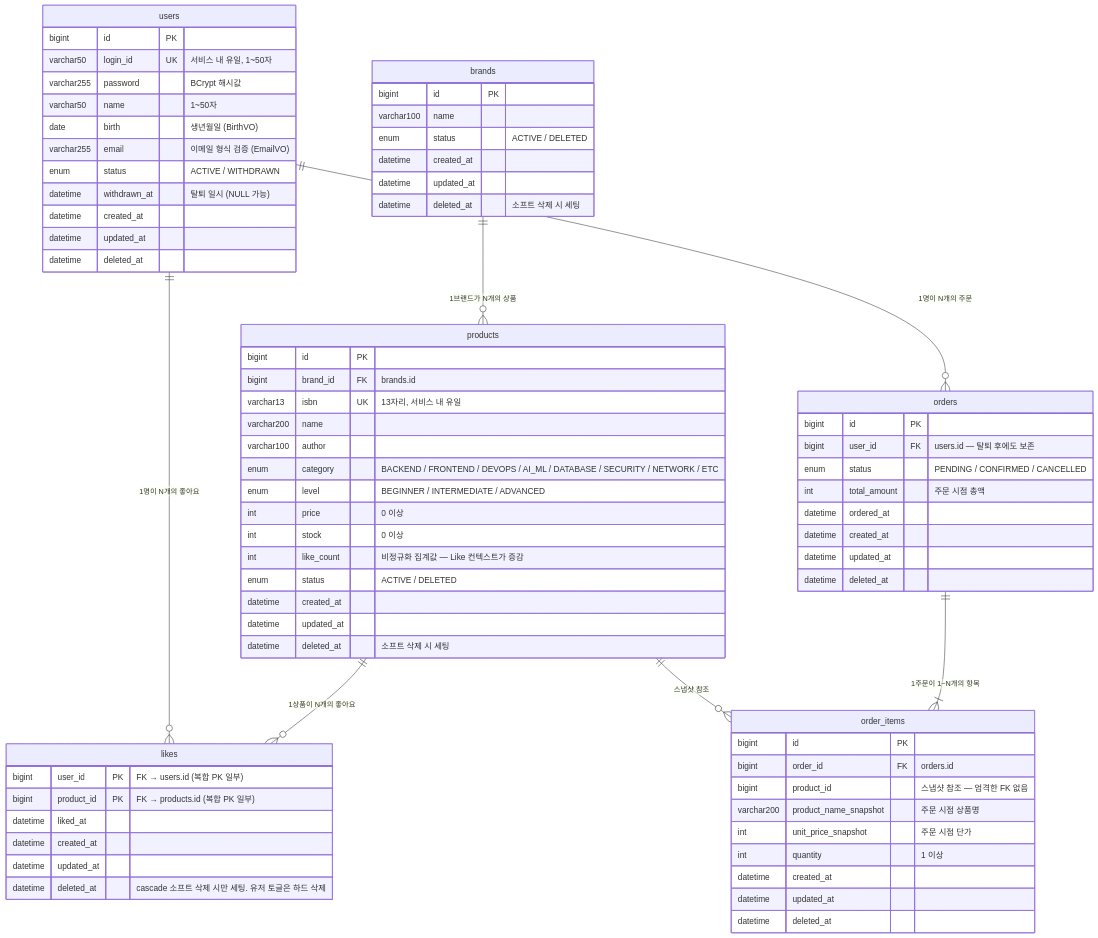
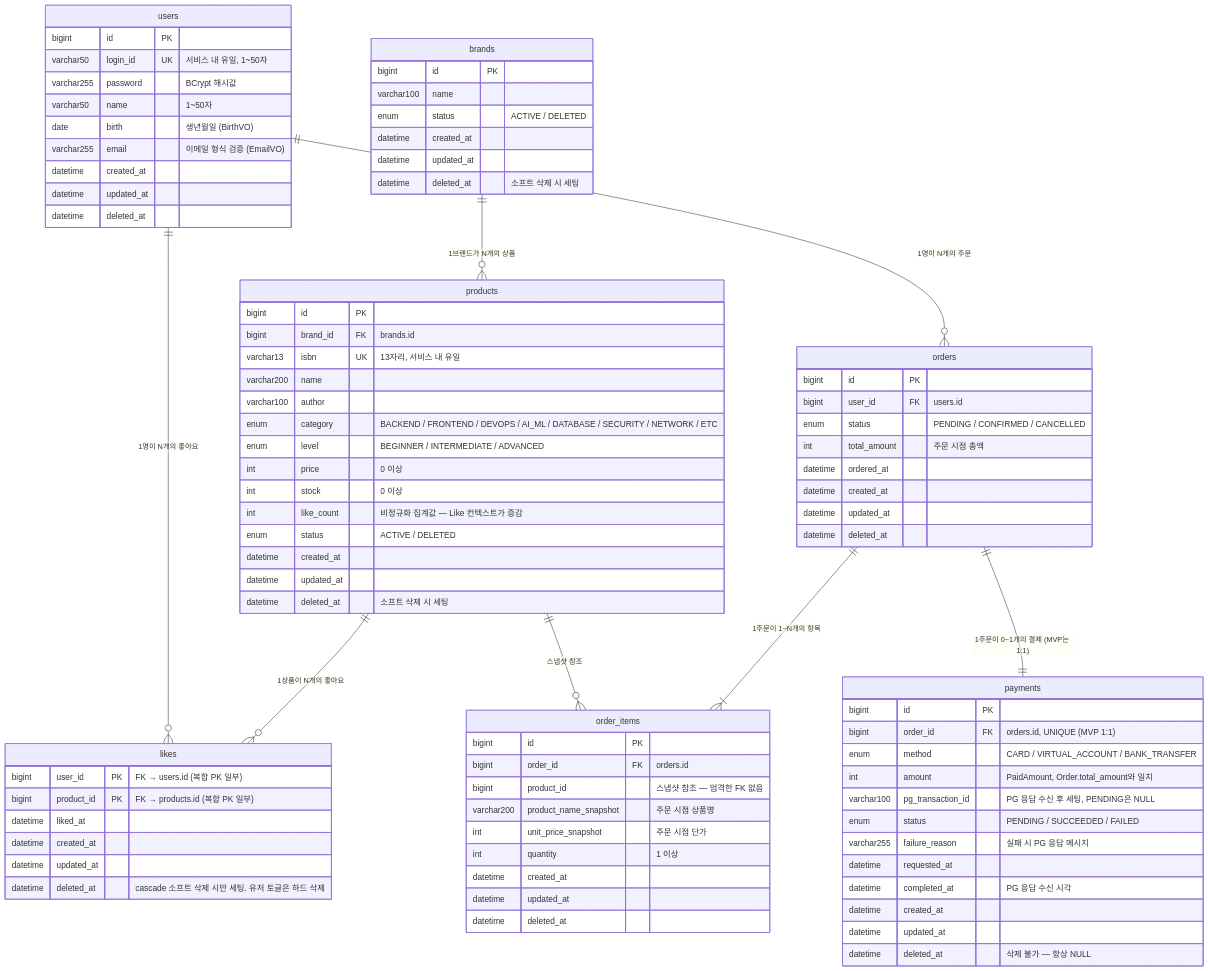
The diagram in .docs/design/04-erd.md (loopers-labs/loop-pack-be-l2-vol4-java), drawn with Mermaid before and after one commit. The commit also changed other lines of this file and 8 other files, not shown here.

````diff
--- a/.docs/design/04-erd.md
+++ b/.docs/design/04-erd.md
@@ -31,6 +31,7 @@
     products ||--o{ likes    : "1상품이 N개의 좋아요"
     products ||--o{ order_items : "스냅샷 참조"
     orders ||--|{ order_items : "1주문이 1~N개의 항목"
+    orders ||--|| payments    : "1주문이 0~1개의 결제 (MVP는 1:1)"
 
     users {
         bigint      id              PK
@@ -39,8 +40,6 @@
         varchar50   name                "1~50자"
         date        birth               "생년월일 (BirthVO)"
         varchar255  email               "이메일 형식 검증 (EmailVO)"
-        enum        status              "ACTIVE / WITHDRAWN"
-        datetime    withdrawn_at        "탈퇴 일시 (NULL 가능)"
         datetime    created_at
         datetime    updated_at
         datetime    deleted_at
@@ -83,7 +82,7 @@
 
     orders {
         bigint      id              PK
-        bigint      user_id         FK  "users.id — 탈퇴 후에도 보존"
+        bigint      user_id         FK  "users.id"
         enum        status              "PENDING / CONFIRMED / CANCELLED"
         int         total_amount        "주문 시점 총액"
         datetime    ordered_at
@@ -103,4 +102,19 @@
         datetime    updated_at
         datetime    deleted_at
     }
+
+    payments {
+        bigint      id                 PK
+        bigint      order_id           FK  "orders.id, UNIQUE (MVP 1:1)"
+        enum        method                  "CARD / VIRTUAL_ACCOUNT / BANK_TRANSFER"
+        int         amount                  "PaidAmount, Order.total_amount와 일치"
+        varchar100  pg_transaction_id       "PG 응답 수신 후 세팅, PENDING은 NULL"
+        enum        status                  "PENDING / SUCCEEDED / FAILED"
+        varchar255  failure_reason          "실패 시 PG 응답 메시지"
+        datetime    requested_at
+        datetime    completed_at            "PG 응답 수신 시각"
+        datetime    created_at
+        datetime    updated_at
+        datetime    deleted_at              "삭제 불가 — 항상 NULL"
+    }
 ```
````
